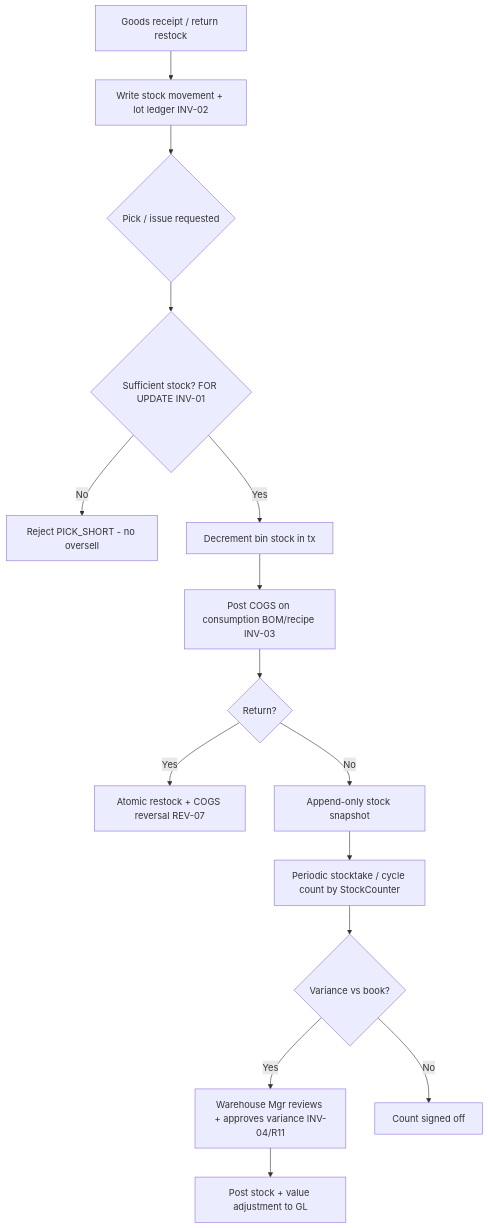
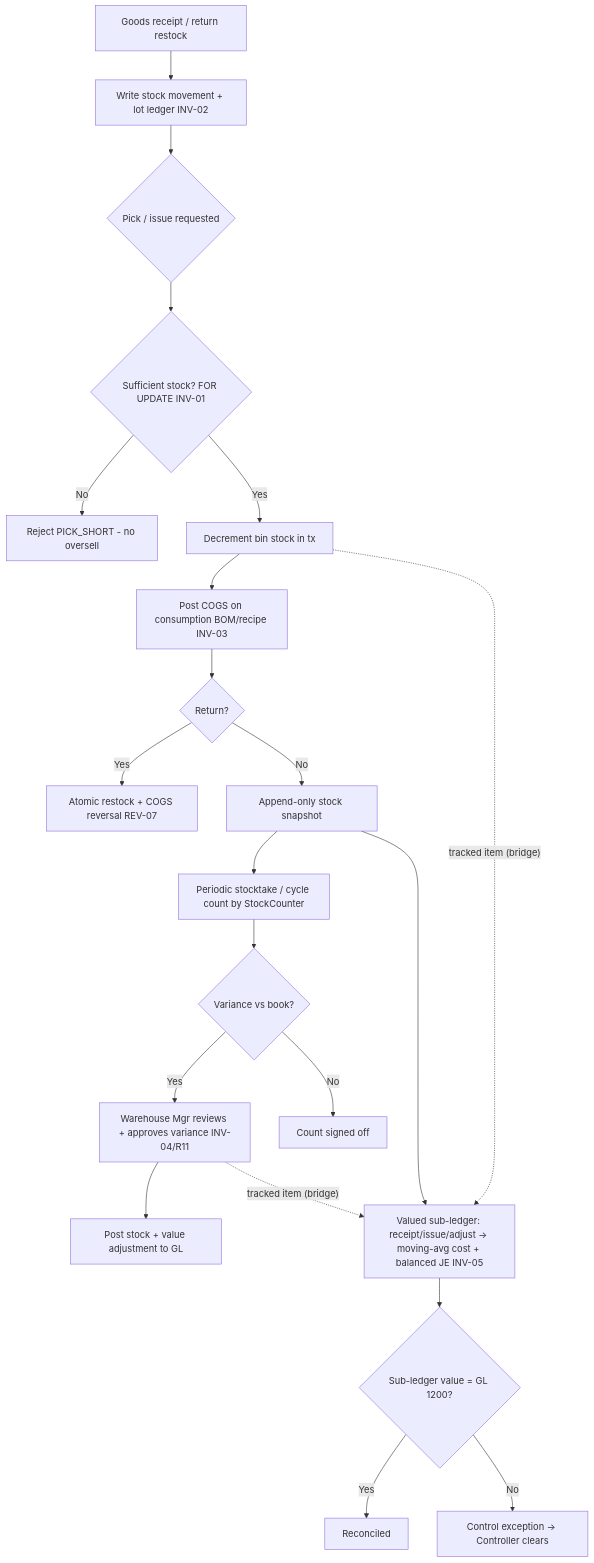
Before and after one commit to wayla69/invisibleERP: the diagram in docs/process-narratives/03-inventory-cogs.md, drawn with Mermaid. The commit also changed other lines of this file and 16 other files, not shown here.

First line of the commit message:
feat(api): perpetual inventory valuation sub-ledger (INV-05) — stock-ops bridge + FIFO/FEFO costing

````diff
--- a/docs/process-narratives/03-inventory-cogs.md
+++ b/docs/process-narratives/03-inventory-cogs.md
@@ -69,17 +76,23 @@
 ```mermaid
 flowchart TD
     A[Goods receipt / return restock] --> B[Write stock movement + lot ledger INV-02]
     B --> C{Pick / issue requested}
     C --> D{Sufficient stock? FOR UPDATE INV-01}
     D -- "No" --> D1[Reject PICK_SHORT - no oversell]
     D -- "Yes" --> E[Decrement bin stock in tx]
     E --> F[Post COGS on consumption BOM/recipe INV-03]
     F --> G{Return?}
     G -- "Yes" --> G1[Atomic restock + COGS reversal REV-07]
     G -- "No" --> H[Append-only stock snapshot]
     H --> I[Periodic stocktake / cycle count by StockCounter]
     I --> J{Variance vs book?}
     J -- "Yes" --> K[Warehouse Mgr reviews + approves variance INV-04/R11]
     K --> L[Post stock + value adjustment to GL]
     J -- "No" --> M[Count signed off]
+    H --> N[Valued sub-ledger: receipt/issue/adjust → moving-avg cost + balanced JE INV-05]
+    E -. "tracked item (bridge)" .-> N
+    K -. "tracked item (bridge)" .-> N
+    N --> O{Sub-ledger value = GL 1200?}
+    O -- "Yes" --> P[Reconciled]
+    O -- "No" --> Q[Control exception → Controller clears]
 ```
````
